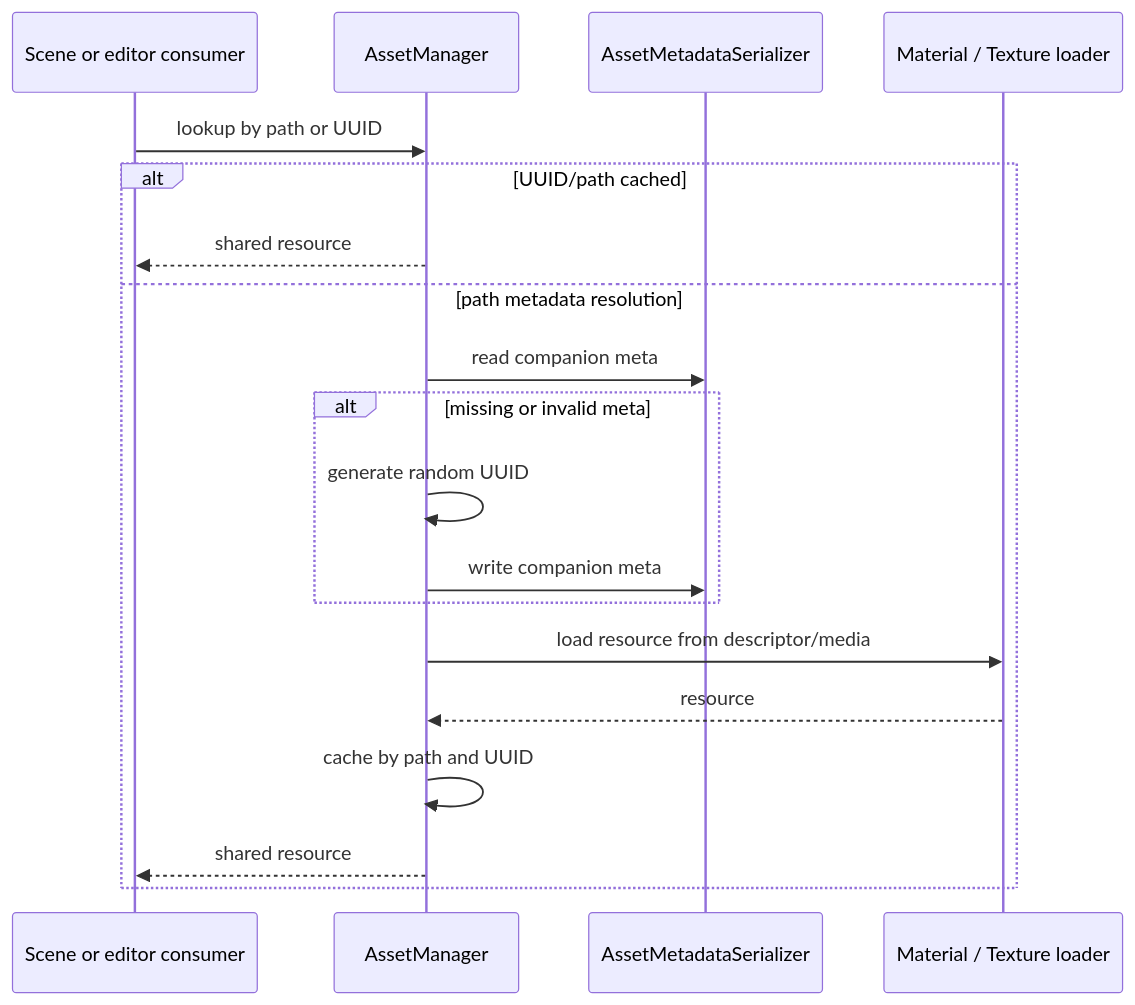
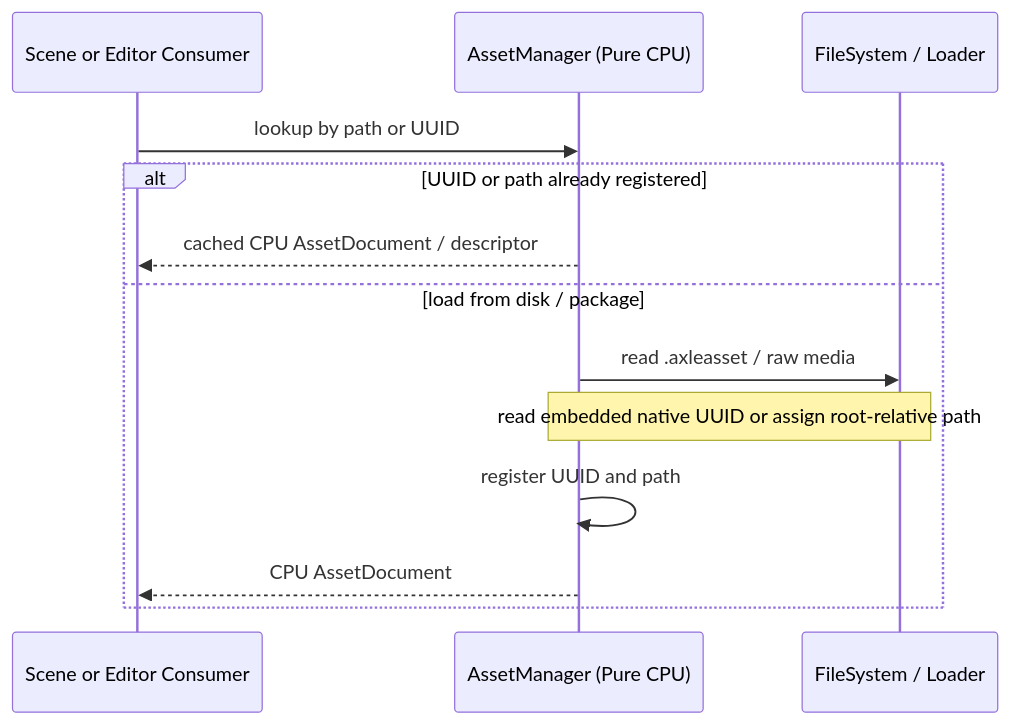
One commit to nguyenphong0210/AxleEngine changed the ninth of 11 diagrams in docs/architecture/RUNTIME_FLOWS.md. Above: the diagram before and after it, drawn with Mermaid. The commit also changed other lines of this file and 22 other files, not shown here.

Commit message:
docs: standardize architecture guides and retire obsolete prompt archives

````diff
--- a/docs/architecture/RUNTIME_FLOWS.md
+++ b/docs/architecture/RUNTIME_FLOWS.md
@@ -236,21 +238,15 @@
 ```mermaid
 sequenceDiagram
-    participant Consumer as Scene or editor consumer
-    participant AM as AssetManager
-    participant Meta as AssetMetadataSerializer
-    participant Loader as Material / Texture loader
+    participant Consumer as Scene or Editor Consumer
+    participant AM as AssetManager (Pure CPU)
+    participant FS as FileSystem / Loader
     Consumer->>AM: lookup by path or UUID
-    alt UUID/path cached
-        AM-->>Consumer: shared resource
-    else path metadata resolution
-        AM->>Meta: read companion meta
-        alt missing or invalid meta
-            AM->>AM: generate random UUID
-            AM->>Meta: write companion meta
-        end
-        AM->>Loader: load resource from descriptor/media
-        Loader-->>AM: resource
-        AM->>AM: cache by path and UUID
-        AM-->>Consumer: shared resource
+    alt UUID or path already registered
+        AM-->>Consumer: cached CPU AssetDocument / descriptor
+    else load from disk / package
+        AM->>FS: read .axleasset / raw media
+        Note over AM,FS: read embedded native UUID or assign root-relative path
+        AM->>AM: register UUID and path
+        AM-->>Consumer: CPU AssetDocument
     end
 ```
````
